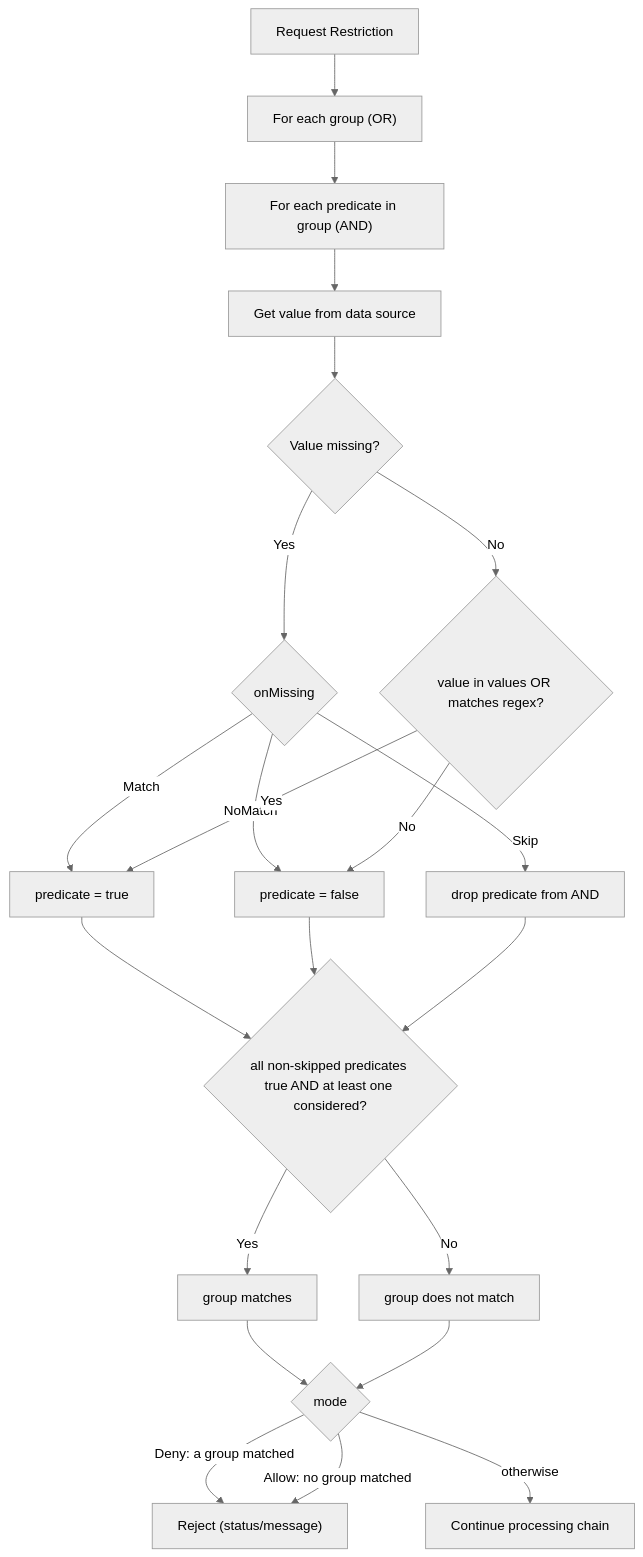
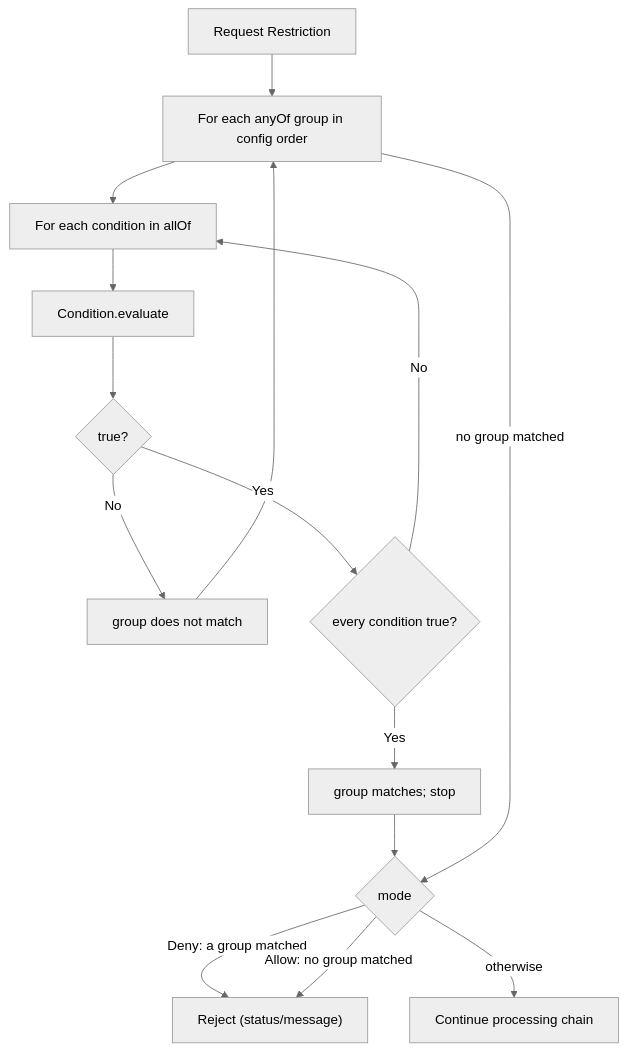
Before and after one commit to Pandaala/Edgion: the diagram in docs/en/user-guide/http-route/filters/edgion-plugins/request-restriction.md, drawn with Mermaid (neutral theme). The commit also changed other lines of this file and 274 other files, not shown here.

````diff
--- a/docs/en/user-guide/http-route/filters/edgion-plugins/request-restriction.md
+++ b/docs/en/user-guide/http-route/filters/edgion-plugins/request-restriction.md
@@ -154,24 +129,17 @@
 ```mermaid
 flowchart TD
-    A["Request Restriction"] --> B["For each group (OR)"]
-    B --> C["For each predicate in group (AND)"]
-    C --> D["Get value from data source"]
-    D --> E{"Value missing?"}
-    E -->|Yes| F{"onMissing"}
-    F -->|Match| P1["predicate = true"]
-    F -->|NoMatch| P0["predicate = false"]
-    F -->|Skip| PS["drop predicate from AND"]
-    E -->|No| G{"value in values OR matches regex?"}
-    G -->|Yes| P1
-    G -->|No| P0
-    P1 --> H{"all non-skipped predicates true AND at least one considered?"}
-    P0 --> H
-    PS --> H
-    H -->|Yes| M["group matches"]
-    H -->|No| N["group does not match"]
+    A["Request Restriction"] --> B["For each anyOf group in config order"]
+    B --> C["For each condition in allOf"]
+    C --> D["Condition.evaluate"]
+    D --> E{"true?"}
+    E -->|No| N["group does not match"]
+    E -->|Yes| H{"every condition true?"}
+    H -->|Yes| M["group matches; stop"]
+    H -->|No| C
+    N --> B
     M --> J{"mode"}
-    N --> J
+    B -->|no group matched| J
     J -->|"Deny: a group matched"| K["Reject (status/message)"]
     J -->|"Allow: no group matched"| K
     J -->|otherwise| L["Continue processing chain"]
 ```
````
